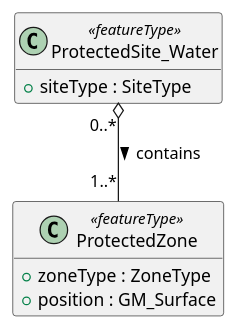
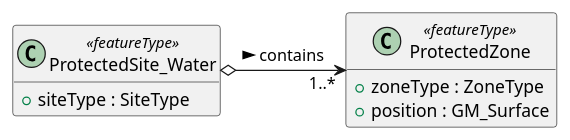
One commit to opengeospatial/D040-Complex_Feature_Handling_Engineering_Report changed the diagram in 5-use-cases-select-association.adoc. Above: the diagram before and after it, drawn with PlantUML. The commit also changed 5 other files, not shown here.

```diff
--- a/5-use-cases-select-association.adoc
+++ b/5-use-cases-select-association.adoc
@@ -42,15 +42,15 @@
 [plantuml, images/ProtectedSite, png, align="center"]
 ....
 @startuml
 hide methods
 class ProtectedSite_Water <<featureType>> {
   +siteType : SiteType
 }
 class ProtectedZone <<featureType>> {
   +zoneType : ZoneType
   +position : GM_Surface
 }
 
-ProtectedSite_Water "0..*" o-- "1..*" ProtectedZone : contains >
+ProtectedSite_Water o-> "1..*" ProtectedZone : contains >
 @enduml
 ....
```
